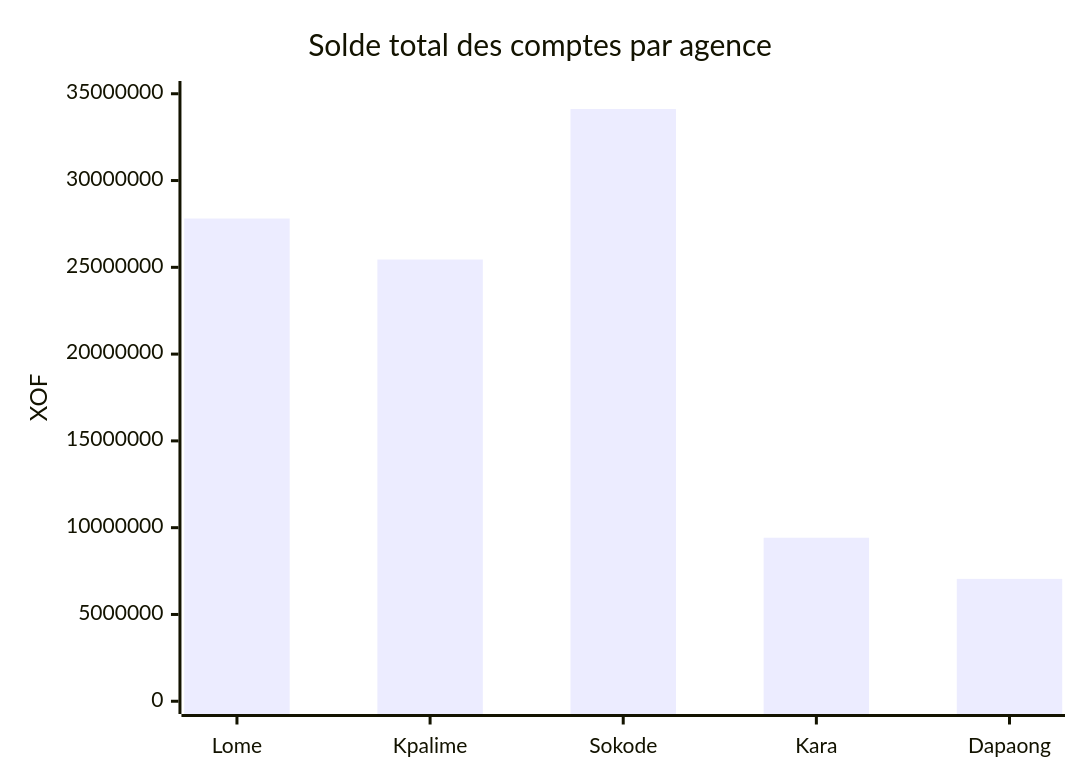
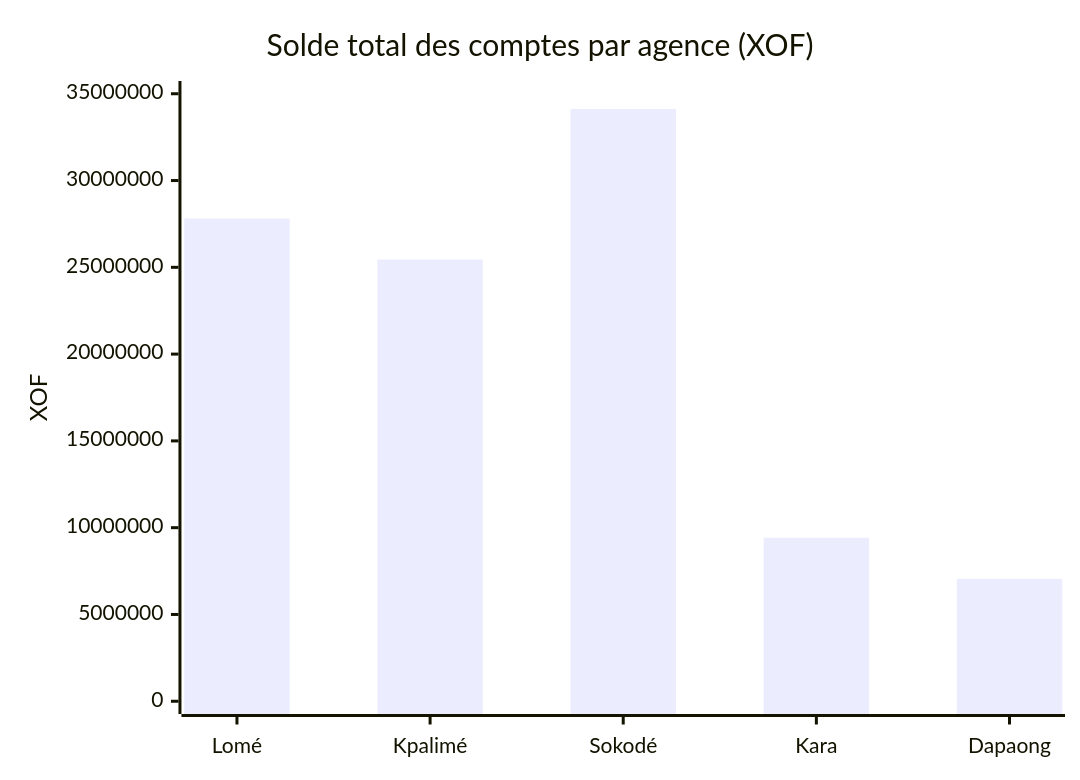
Before and after one commit to JosherenPro/projet_base_federee_DBA: the fourth of 10 diagrams in presentation/presentation.md, drawn with Mermaid. The commit also changed other lines of this file and 1 other file, not shown here.

````diff
--- a/presentation/presentation.md
+++ b/presentation/presentation.md
@@ -510,7 +495,7 @@
 ```mermaid
 xychart-beta
-    title "Solde total des comptes par agence"
-    x-axis ["Lome", "Kpalime", "Sokode", "Kara", "Dapaong"]
+    title "Solde total des comptes par agence (XOF)"
+    x-axis ["Lomé", "Kpalimé", "Sokodé", "Kara", "Dapaong"]
     y-axis "XOF" 0 --> 35000000
     bar [27810000, 25450000, 34120000, 9420000, 7050000]
 ```
````
